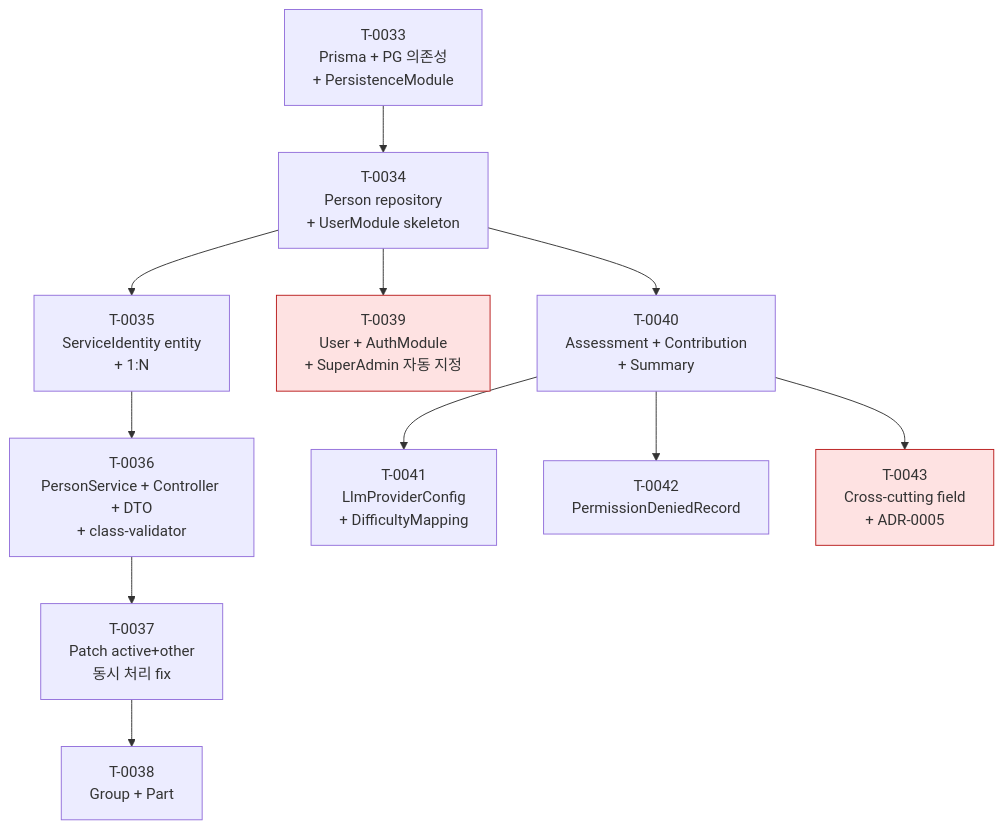
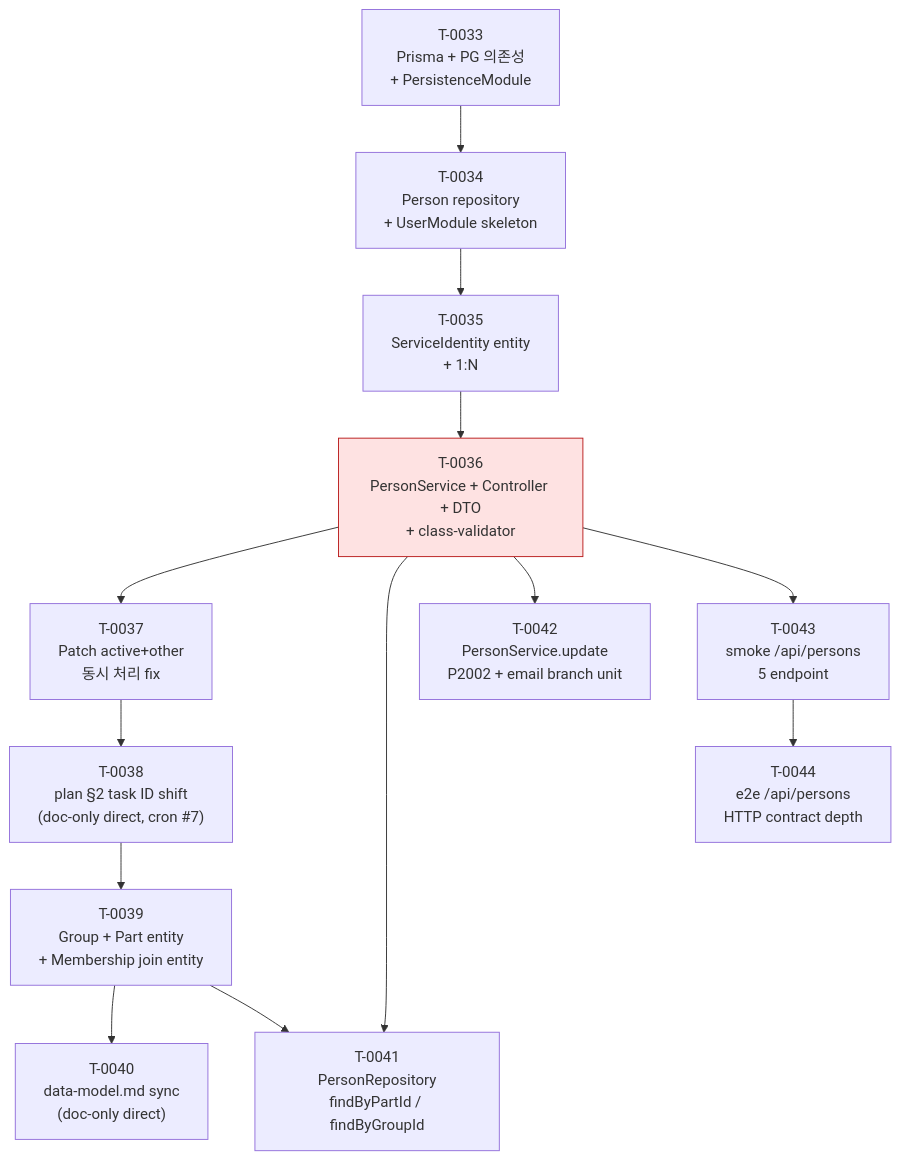
The diagram in docs/architecture/p3-implementation-plan.md (myungjoo/Assessment-Agent), drawn with Mermaid before and after one commit. The commit also changed other lines of this file and 3 other files, not shown here.

````diff
--- a/docs/architecture/p3-implementation-plan.md
+++ b/docs/architecture/p3-implementation-plan.md
@@ -47,31 +48,33 @@
 ```mermaid
 graph TD
     T0033["T-0033<br/>Prisma + PG 의존성<br/>+ PersistenceModule"]
     T0034["T-0034<br/>Person repository<br/>+ UserModule skeleton"]
     T0035["T-0035<br/>ServiceIdentity entity<br/>+ 1:N"]
     T0036["T-0036<br/>PersonService + Controller + DTO<br/>+ class-validator"]
     T0037["T-0037<br/>Patch active+other<br/>동시 처리 fix"]
-    T0038["T-0038<br/>Group + Part"]
-    T0039["T-0039<br/>User + AuthModule<br/>+ SuperAdmin 자동 지정"]
-    T0040["T-0040<br/>Assessment + Contribution<br/>+ Summary"]
-    T0041["T-0041<br/>LlmProviderConfig<br/>+ DifficultyMapping"]
-    T0042["T-0042<br/>PermissionDeniedRecord"]
-    T0043["T-0043<br/>Cross-cutting field<br/>+ ADR-0005"]
+    T0038["T-0038<br/>plan §2 task ID shift<br/>(doc-only direct, cron #7)"]
+    T0039["T-0039<br/>Group + Part entity<br/>+ Membership join entity"]
+    T0040["T-0040<br/>data-model.md sync<br/>(doc-only direct)"]
+    T0041["T-0041<br/>PersonRepository<br/>findByPartId / findByGroupId"]
+    T0042["T-0042<br/>PersonService.update<br/>P2002 + email branch unit"]
+    T0043["T-0043<br/>smoke /api/persons<br/>5 endpoint"]
+    T0044["T-0044<br/>e2e /api/persons<br/>HTTP contract depth"]
 
     T0033 --> T0034
     T0034 --> T0035
     T0035 --> T0036
     T0036 --> T0037
     T0037 --> T0038
-    T0034 --> T0039
-    T0034 --> T0040
-    T0040 --> T0041
-    T0040 --> T0042
-    T0040 --> T0043
+    T0038 --> T0039
+    T0039 --> T0040
+    T0036 --> T0041
+    T0039 --> T0041
+    T0036 --> T0042
+    T0036 --> T0043
+    T0043 --> T0044
 
     classDef root fill:#fef3c7,stroke:#a16207
     classDef gate fill:#fee2e2,stroke:#b91c1c
     class T0033 root,gate
-    class T0039 gate
-    class T0043 gate
+    class T0036 gate
 ```
````
